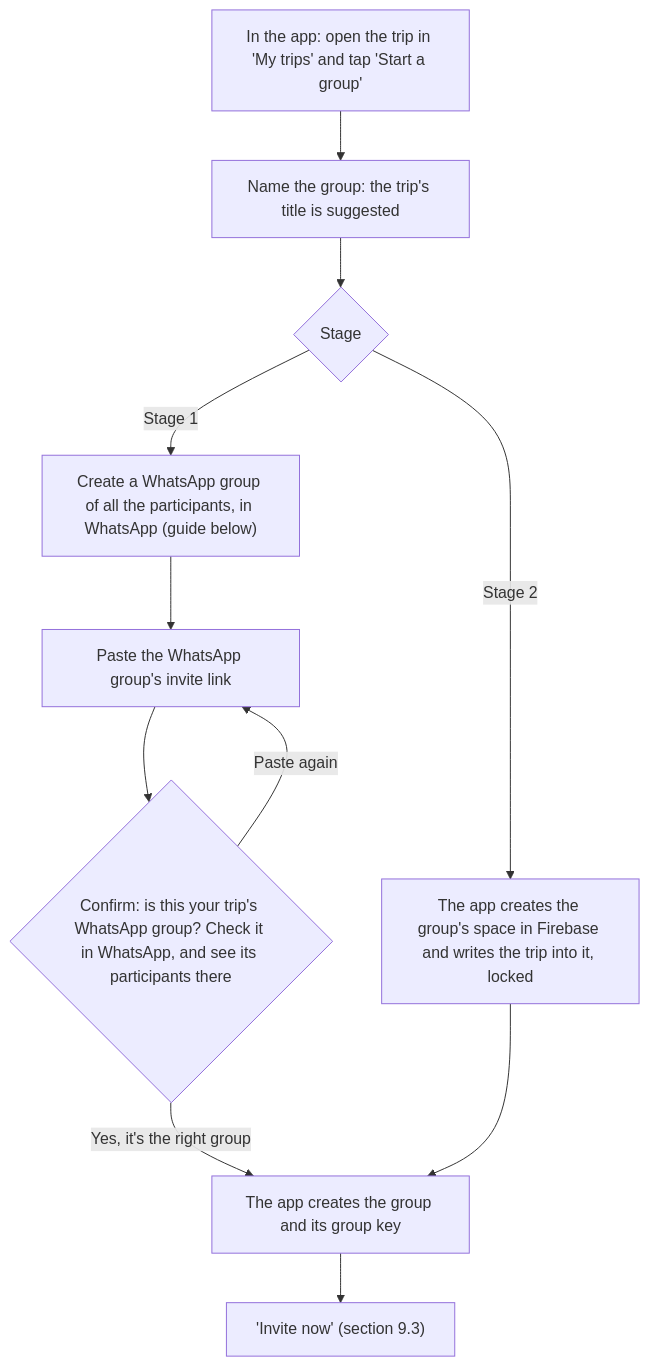
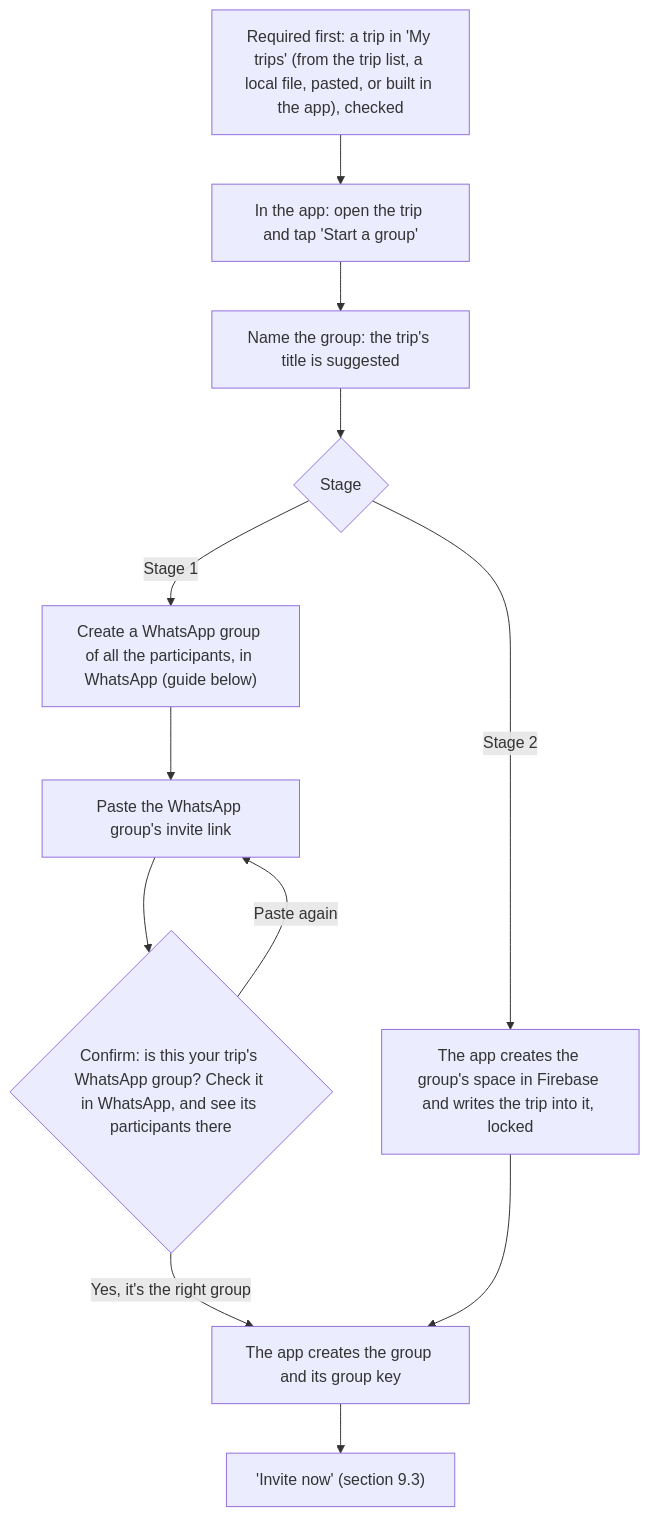
One commit to projects-rs/trip-map changed the first of 3 diagrams in docs/DESIGN.md. Above: the diagram before and after it, drawn with Mermaid.

Commit message:
Design 9.2: show in the flowchart that a checked trip must exist before starting a group
Claude-Session: https://claude.ai/code/session_019jpS9L2K1TBXkstxkKReiH

````diff
--- a/docs/DESIGN.md
+++ b/docs/DESIGN.md
@@ -905,13 +905,14 @@
 ```mermaid
 flowchart TD
-    A["In the app: open the trip in 'My trips' and tap 'Start a group'"] --> B["Name the group: the trip's title is suggested"]
+    T["Required first: a trip in 'My trips' (from the trip list, a local file, pasted, or built in the app), checked"] --> A["In the app: open the trip and tap 'Start a group'"]
+    A --> B["Name the group: the trip's title is suggested"]
     B --> S{"Stage"}
     S -->|"Stage 1"| W1["Create a WhatsApp group of all the participants, in WhatsApp (guide below)"]
     W1 --> W2["Paste the WhatsApp group's invite link"]
     W2 --> W3{"Confirm: is this your trip's WhatsApp group? Check it in WhatsApp, and see its participants there"}
     W3 -->|"Paste again"| W2
     W3 -->|"Yes, it's the right group"| E["The app creates the group and its group key"]
     S -->|"Stage 2"| F1["The app creates the group's space in Firebase and writes the trip into it, locked"]
     F1 --> E
     E --> F["'Invite now' (section 9.3)"]
 ```
````
